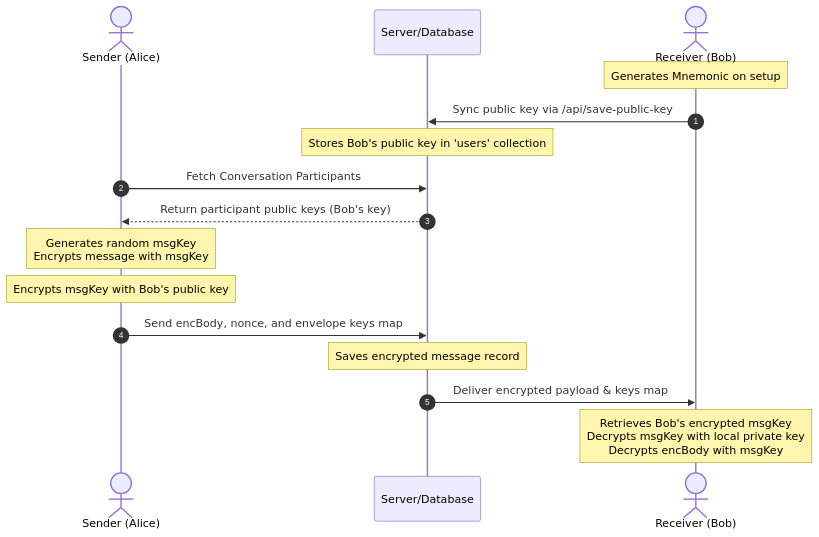
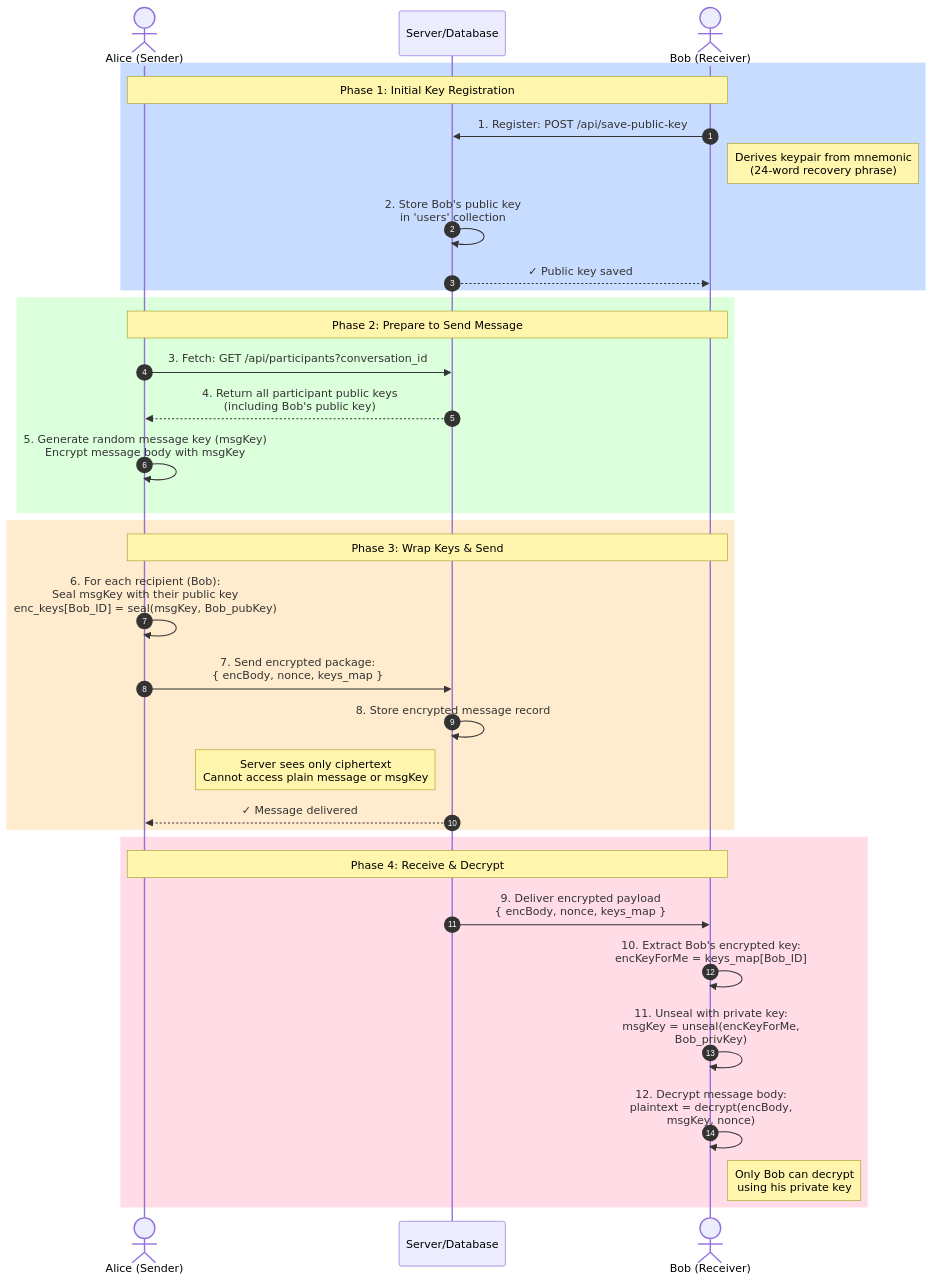
Before and after one commit to HaiqalHarona/SanCo: the diagram in ENCRYPTION.md, drawn with Mermaid. The commit also changed other lines of this file, not shown here.

Commit message:
Improve key syncing diagram readability and clarity

````diff
--- a/ENCRYPTION.md
+++ b/ENCRYPTION.md
@@ -141,22 +141,49 @@
 ```mermaid
 sequenceDiagram
     autonumber
-    actor Alice as Sender (Alice)
+    actor Alice as Alice (Sender)
     participant DB as Server/Database
-    actor Bob as Receiver (Bob)
+    actor Bob as Bob (Receiver)
 
-    Note over Bob: Generates Mnemonic on setup
-    Bob->>DB: Sync public key via /api/save-public-key
-    Note over DB: Stores Bob's public key in 'users' collection
+    rect rgb(200, 220, 255)
+    Note over Alice,Bob: Phase 1: Initial Key Registration
+    
+    Bob->>DB: 1. Register: POST /api/save-public-key
+    Note right of Bob: Derives keypair from mnemonic<br/>(24-word recovery phrase)
+    DB->>DB: 2. Store Bob's public key<br/>in 'users' collection
+    DB-->>Bob: ✓ Public key saved
+    end
 
-    Alice->>DB: Fetch Conversation Participants
-    DB-->>Alice: Return participant public keys (Bob's key)
+    rect rgb(220, 255, 220)
+    Note over Alice,Bob: Phase 2: Prepare to Send Message
+    
+    Alice->>DB: 3. Fetch: GET /api/participants?conversation_id
+    DB-->>Alice: 4. Return all participant public keys<br/>(including Bob's public key)
+    Alice->>Alice: 5. Generate random message key (msgKey)<br/>Encrypt message body with msgKey
+    end
 
-    Note over Alice: Generates random msgKey<br/>Encrypts message with msgKey
-    Note over Alice: Encrypts msgKey with Bob's public key
-    Alice->>DB: Send encBody, nonce, and envelope keys map
-    Note over DB: Saves encrypted message record
+    rect rgb(255, 235, 205)
+    Note over Alice,Bob: Phase 3: Wrap Keys & Send
+    
+    Alice->>Alice: 6. For each recipient (Bob):<br/>Seal msgKey with their public key<br/>enc_keys[Bob_ID] = seal(msgKey, Bob_pubKey)
+    
+    Alice->>DB: 7. Send encrypted package:<br/>{ encBody, nonce, keys_map }
+    DB->>DB: 8. Store encrypted message record
+    Note left of DB: Server sees only ciphertext<br/>Cannot access plain message or msgKey
+    DB-->>Alice: ✓ Message delivered
+    end
 
-    DB->>Bob: Deliver encrypted payload & keys map
-    Note over Bob: Retrieves Bob's encrypted msgKey<br/>Decrypts msgKey with local private key<br/>Decrypts encBody with msgKey
+    rect rgb(255, 220, 230)
+    Note over Alice,Bob: Phase 4: Receive & Decrypt
+    
+    DB->>Bob: 9. Deliver encrypted payload<br/>{ encBody, nonce, keys_map }
+    
+    Bob->>Bob: 10. Extract Bob's encrypted key:<br/>encKeyForMe = keys_map[Bob_ID]
+    
+    Bob->>Bob: 11. Unseal with private key:<br/>msgKey = unseal(encKeyForMe,<br/>Bob_privKey)
+    
+    Bob->>Bob: 12. Decrypt message body:<br/>plaintext = decrypt(encBody,<br/>msgKey, nonce)
+    
+    Note right of Bob: Only Bob can decrypt<br/>using his private key
+    end
 ```
````
